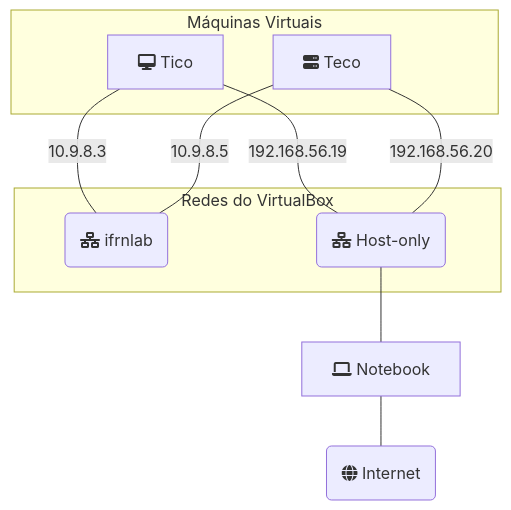
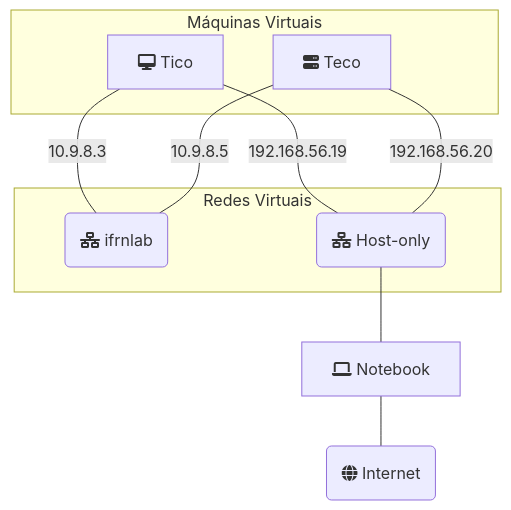
One commit to ifrnlab/netlab changed the diagram in diagramas/fluxogramas/tico-e-teco.md. Above: the diagram before and after it, drawn with Mermaid.

````diff
--- a/diagramas/fluxogramas/tico-e-teco.md
+++ b/diagramas/fluxogramas/tico-e-teco.md
@@ -3,26 +3,26 @@
 ```mermaid
 graph TD
 
     %% Dispositivos
     subgraph Máquinas Virtuais
         tico[fa:fa-desktop Tico]
         teco[fa:fa-server Teco]
     end
     notebook[fa:fa-laptop Notebook]
 
     %% Redes
-    subgraph Redes do VirtualBox
+    subgraph Redes Virtuais
         ifrnlab(fa:fa-network-wired ifrnlab)
         hostonly("fa:fa-network-wired Host-only")
     end
 
     internet(fa:fa-globe Internet)
     
     %% Ligações entre redes e dispositivos
     tico --- |10.9.8.3| ifrnlab
     tico --- |192.168.56.19| hostonly
     teco --- |10.9.8.5| ifrnlab
     teco --- |192.168.56.20| hostonly
 
     hostonly --- notebook --- internet
 ```
````
